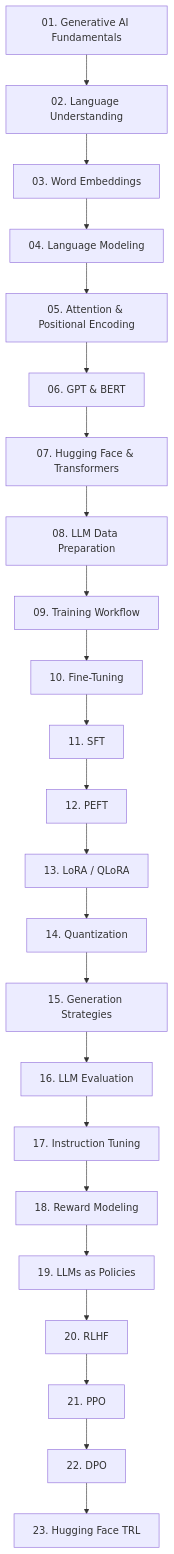
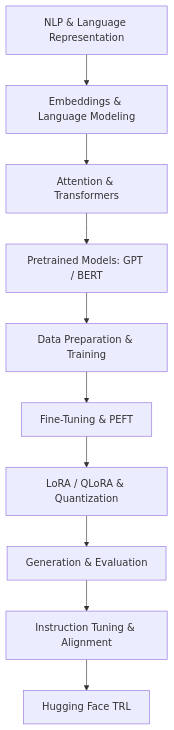
The diagram in docs/03-generative-ai/index.md (MihirKJha/enterprise-ai-engineering-handbook), drawn with Mermaid before and after one commit. The commit also changed other lines of this file and 7 other files, not shown here.

````diff
--- a/docs/03-generative-ai/index.md
+++ b/docs/03-generative-ai/index.md
@@ -521,76 +133,12 @@
 ```mermaid
 flowchart TD
-
-    A["01. Generative AI Fundamentals"]
-
-    B["02. Language Understanding"]
-
-    C["03. Word Embeddings"]
-
-    D["04. Language Modeling"]
-
-    E["05. Attention & Positional Encoding"]
-
-    F["06. GPT & BERT"]
-
-    G["07. Hugging Face & Transformers"]
-
-    H["08. LLM Data Preparation"]
-
-    I["09. Training Workflow"]
-
-    J["10. Fine-Tuning"]
-
-    K["11. SFT"]
-
-    L["12. PEFT"]
-
-    M["13. LoRA / QLoRA"]
-
-    N["14. Quantization"]
-
-    O["15. Generation Strategies"]
-
-    P["16. LLM Evaluation"]
-
-    Q["17. Instruction Tuning"]
-
-    R["18. Reward Modeling"]
-
-    S["19. LLMs as Policies"]
-
-    T["20. RLHF"]
-
-    U["21. PPO"]
-
-    V["22. DPO"]
-
-    W["23. Hugging Face TRL"]
-
-    A --> B
-    B --> C
-    C --> D
-    D --> E
-    E --> F
-
-    F --> G
-    G --> H
-    H --> I
-
-    I --> J
-    J --> K
-    K --> L
-    L --> M
-    M --> N
-
-    N --> O
-    O --> P
-
-    P --> Q
-    Q --> R
-    R --> S
-    S --> T
-    T --> U
-    U --> V
-    V --> W
+    A["NLP & Language Representation"] --> B["Embeddings & Language Modeling"]
+    B --> C["Attention & Transformers"]
+    C --> D["Pretrained Models: GPT / BERT"]
+    D --> E["Data Preparation & Training"]
+    E --> F["Fine-Tuning & PEFT"]
+    F --> G["LoRA / QLoRA & Quantization"]
+    G --> H["Generation & Evaluation"]
+    H --> I["Instruction Tuning & Alignment"]
+    I --> J["Hugging Face TRL"]
 ```
````
